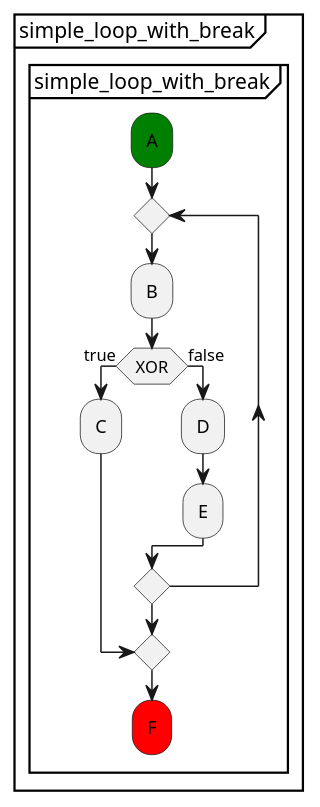
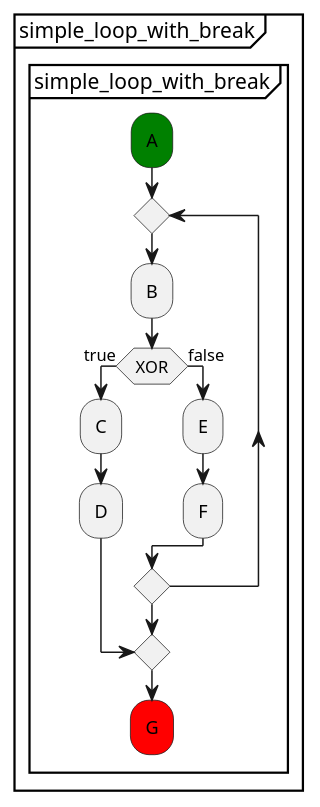
The diagram in puml_files/simple_loop_with_break.puml (xtuml/otel2puml), drawn with PlantUML before and after one commit. The commit also changed 2 other files, not shown here.

```diff
--- a/puml_files/simple_loop_with_break.puml
+++ b/puml_files/simple_loop_with_break.puml
@@ -1,18 +1,19 @@
 @startuml
 partition "simple_loop_with_break" {
     group "simple_loop_with_break"
         #green:A;
         repeat
             :B;
             if (XOR) then (true)
                 :C;
+                :D;
                 break
             else (false)
-                :D;
                 :E;
+                :F;
             endif
         repeat while
-        #red:F; 
+        #red:G; 
     end group
 }
 @enduml
```
